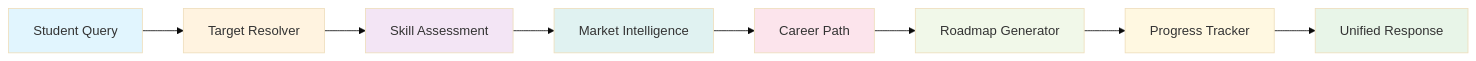
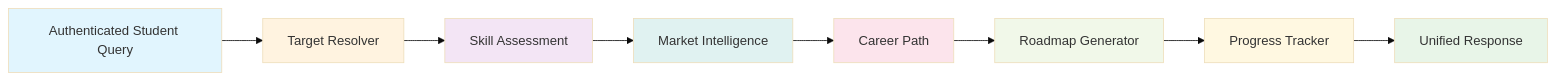
Before and after one commit to Alishba-Moin/CareerCompass: the sixth of 9 diagrams in .qoder/repowiki/en/content/Technical Implementation.md, drawn with Mermaid (base theme). The commit also changed other lines of this file and 17 other files, not shown here.

````diff
--- a/.qoder/repowiki/en/content/Technical Implementation.md
+++ b/.qoder/repowiki/en/content/Technical Implementation.md
@@ -214,18 +303,18 @@
 ```mermaid
 flowchart LR
-Input[Student Query] --> Resolver[Target Resolver]
+Input[Authenticated Student Query] --> Resolver[Target Resolver]
 Resolver --> Skills[Skill Assessment]
 Skills --> Market[Market Intelligence]
 Market --> Path[Career Path]
 Path --> Roadmap[Roadmap Generator]
 Roadmap --> Progress[Progress Tracker]
 Progress --> Output[Unified Response]
 style Input fill:#e1f5fe
 style Output fill:#e8f5e8
 style Resolver fill:#fff3e0
 style Skills fill:#f3e5f5
 style Market fill:#e0f2f1
 style Path fill:#fce4ec
 style Roadmap fill:#f1f8e9
 style Progress fill:#fff8e1
 ```
````
